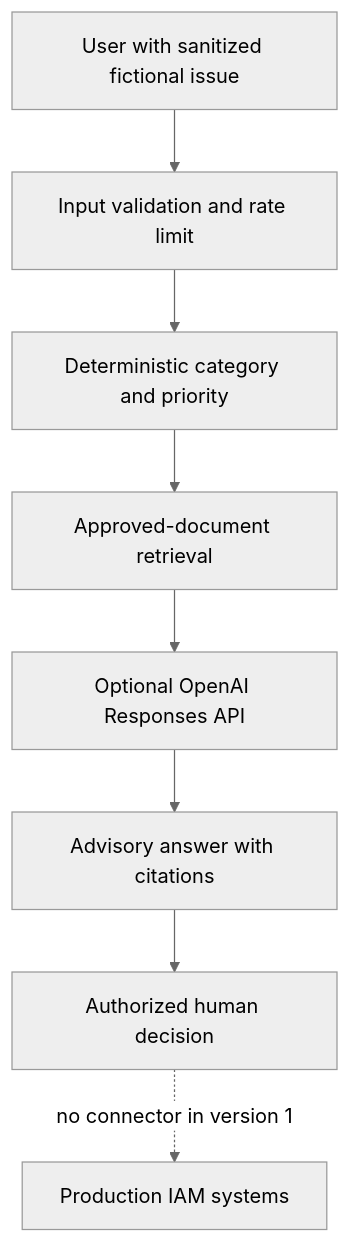
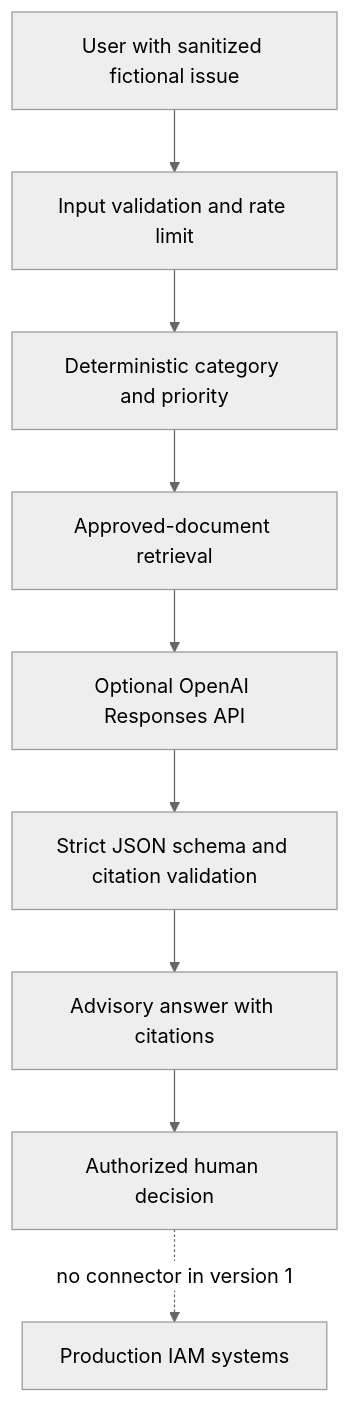
One commit to joshua-l-delacruz/iam-support-operations-lab changed the diagram in docs/ai-assistant-architecture.md. Above: the diagram before and after it, drawn with Mermaid (neutral theme). The commit also changed other lines of this file and 7 other files, not shown here.

````diff
--- a/docs/ai-assistant-architecture.md
+++ b/docs/ai-assistant-architecture.md
@@ -9,10 +9,11 @@
 ```mermaid
 flowchart TD
     USER[User with sanitized fictional issue] --> LIMITS[Input validation and rate limit]
     LIMITS --> TRIAGE[Deterministic category and priority]
     TRIAGE --> RETRIEVAL[Approved-document retrieval]
     RETRIEVAL --> MODEL[Optional OpenAI Responses API]
-    MODEL --> ANSWER[Advisory answer with citations]
+    MODEL --> CONTRACT[Strict JSON schema and citation validation]
+    CONTRACT --> ANSWER[Advisory answer with citations]
     ANSWER --> HUMAN[Authorized human decision]
     HUMAN -. no connector in version 1 .-> IAM[Production IAM systems]
 ```
````
